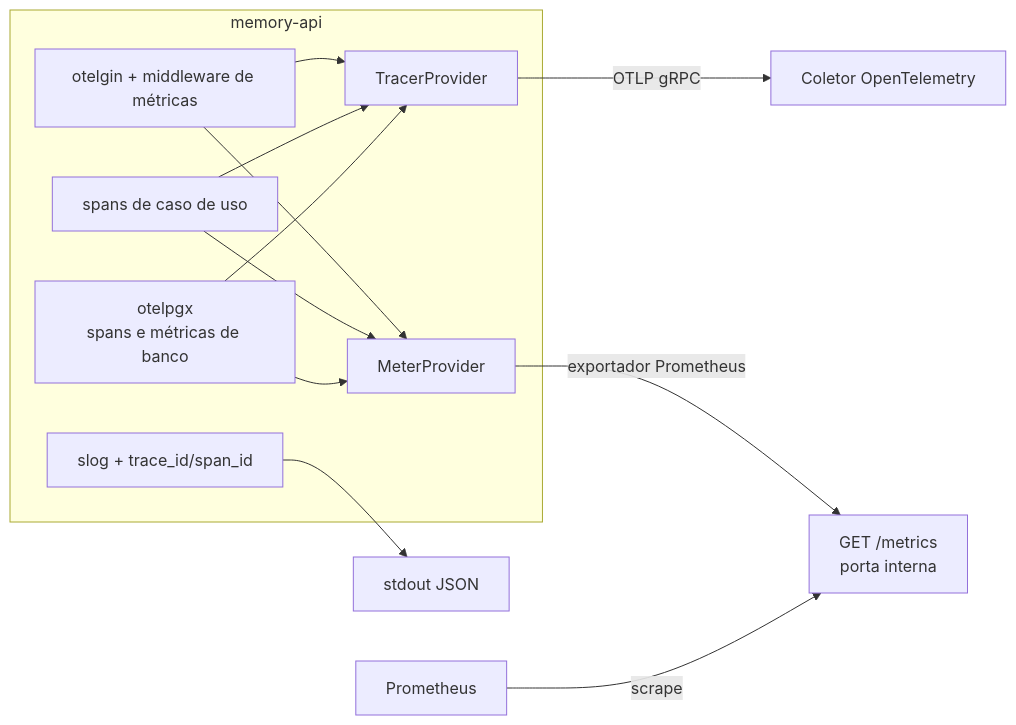
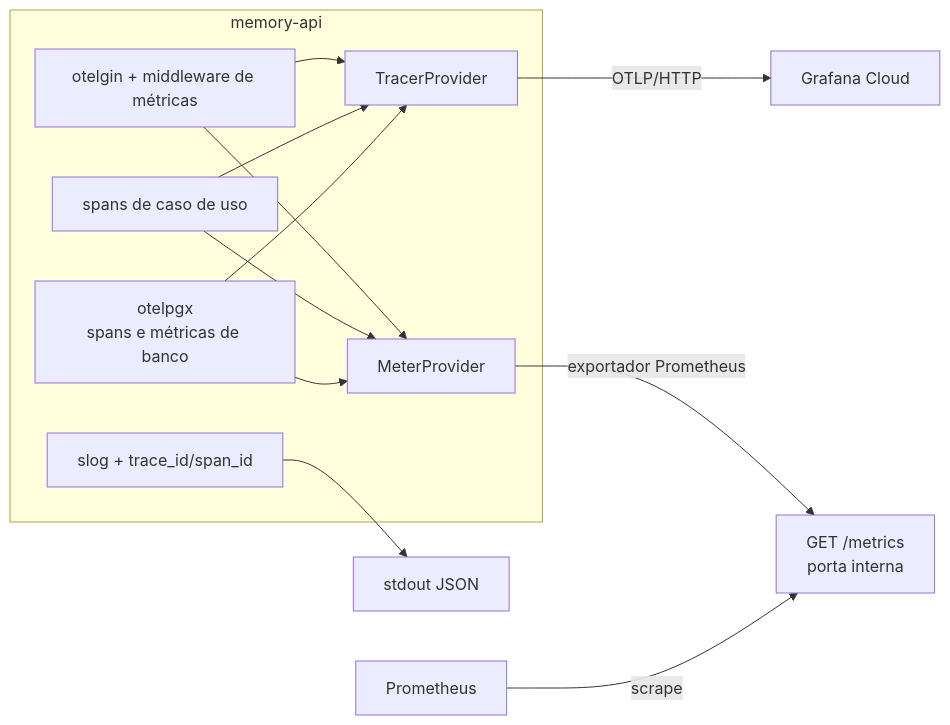
Before and after one commit to Tomelin/extend-memory-ai: the fifth of 6 diagrams in docs/arquitetura-api.md, drawn with Mermaid. The commit also changed other lines of this file and 12 other files, not shown here.

Commit message:
chore: change jaeger to grafana cloud

````diff
--- a/docs/arquitetura-api.md
+++ b/docs/arquitetura-api.md
@@ -685,21 +685,21 @@
 ```mermaid
 flowchart LR
     subgraph memory-api
         G[otelgin + middleware de métricas]
         A[spans de caso de uso]
         D[otelpgx<br/>spans e métricas de banco]
         SL[slog + trace_id/span_id]
         MP[MeterProvider]
         TP[TracerProvider]
     end
     G --> TP
     A --> TP
     D --> TP
     G --> MP
     A --> MP
     D --> MP
     MP -- exportador Prometheus --> M[GET /metrics<br/>porta interna]
-    TP -- OTLP gRPC --> C[Coletor OpenTelemetry]
+    TP -- OTLP/HTTP --> C[Grafana Cloud]
     SL --> L[stdout JSON]
     P[Prometheus] -- scrape --> M
 ```
````
